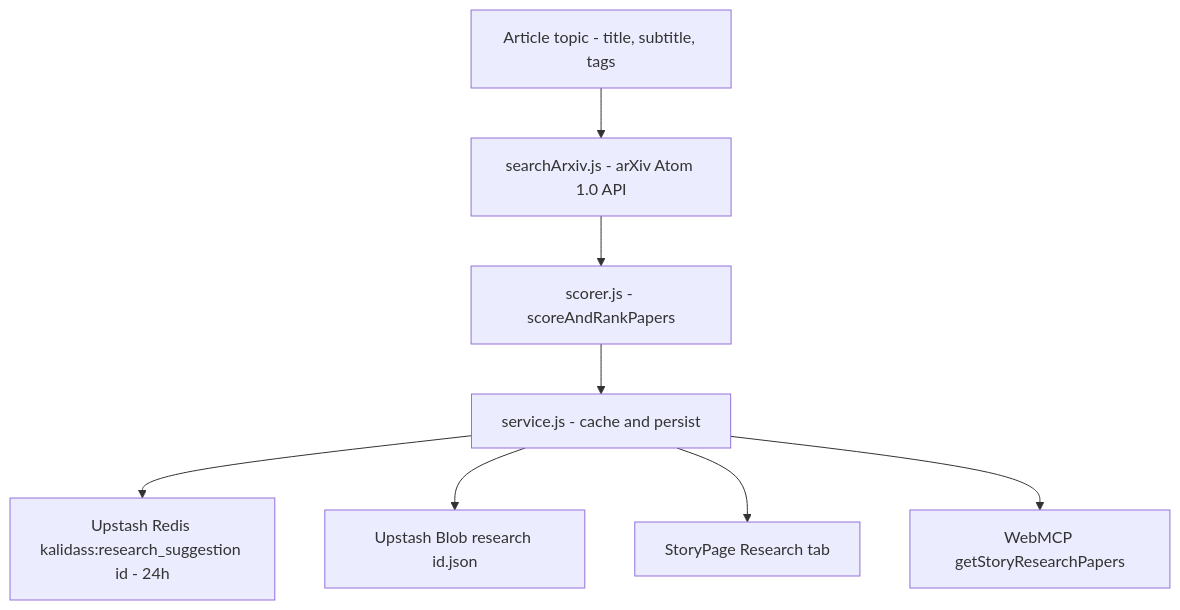
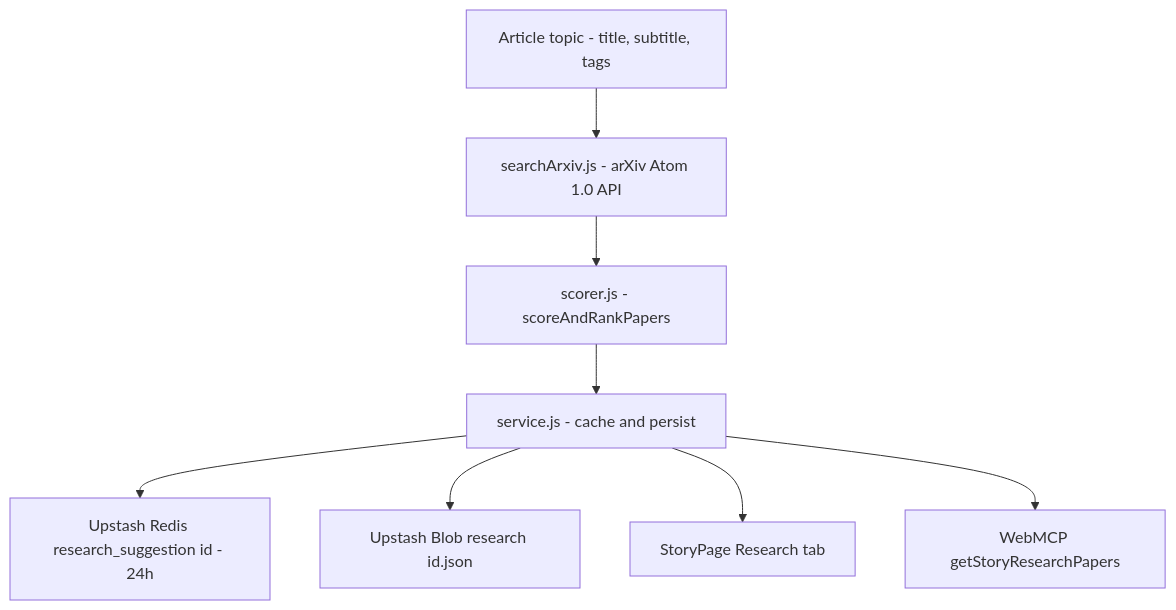
The diagram in docs/research-suggestions.mdx (AmritSDutta/kalidass), drawn with Mermaid before and after one commit. The commit also changed other lines of this file and 7 other files, not shown here.

````diff
--- a/docs/research-suggestions.mdx
+++ b/docs/research-suggestions.mdx
@@ -18,18 +18,18 @@
 ```mermaid
 flowchart TD
   Topic["Article topic - title, subtitle, tags"]
   Arxiv["searchArxiv.js - arXiv Atom 1.0 API"]
   Score["scorer.js - scoreAndRankPapers"]
   Service["service.js - cache and persist"]
-  Redis["Upstash Redis kalidass:research_suggestion id - 24h"]
+  Redis["Upstash Redis research_suggestion id - 24h"]
   Blob["Upstash Blob research id.json"]
   Ui["StoryPage Research tab"]
   Tool["WebMCP getStoryResearchPapers"]
   Topic --> Arxiv
   Arxiv --> Score
   Score --> Service
   Service --> Redis
   Service --> Blob
   Service --> Ui
   Service --> Tool
 ```
````
